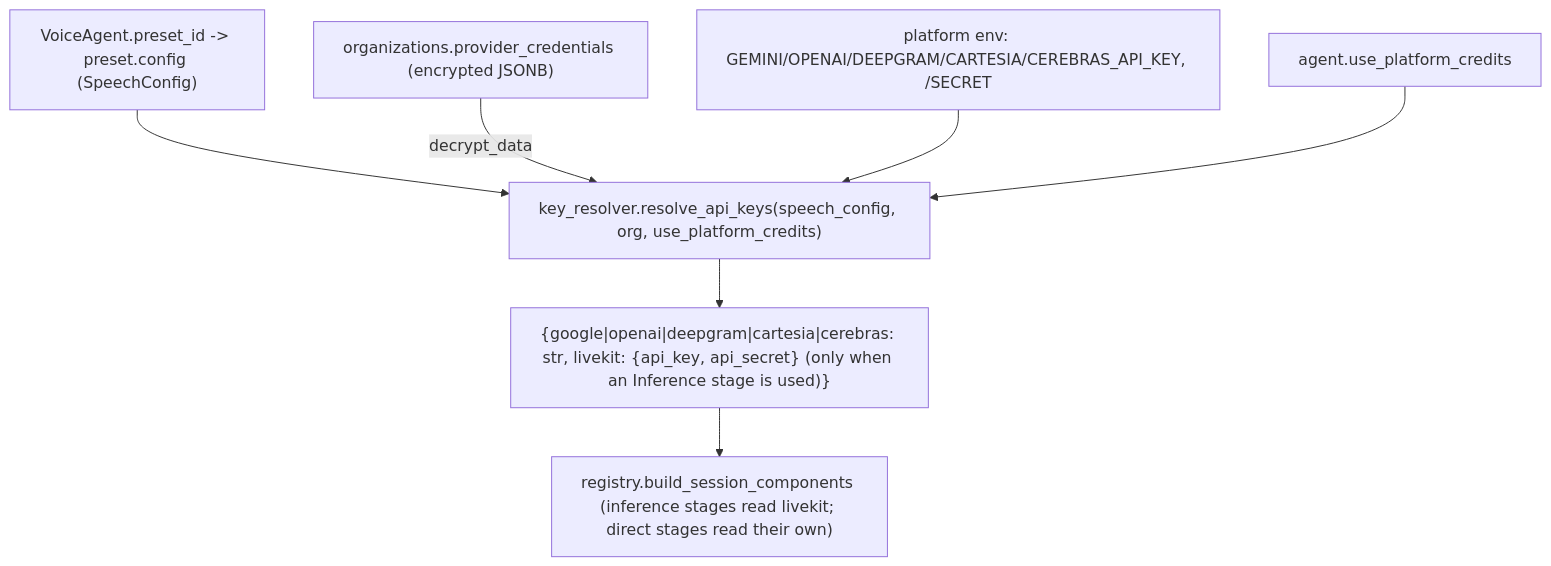
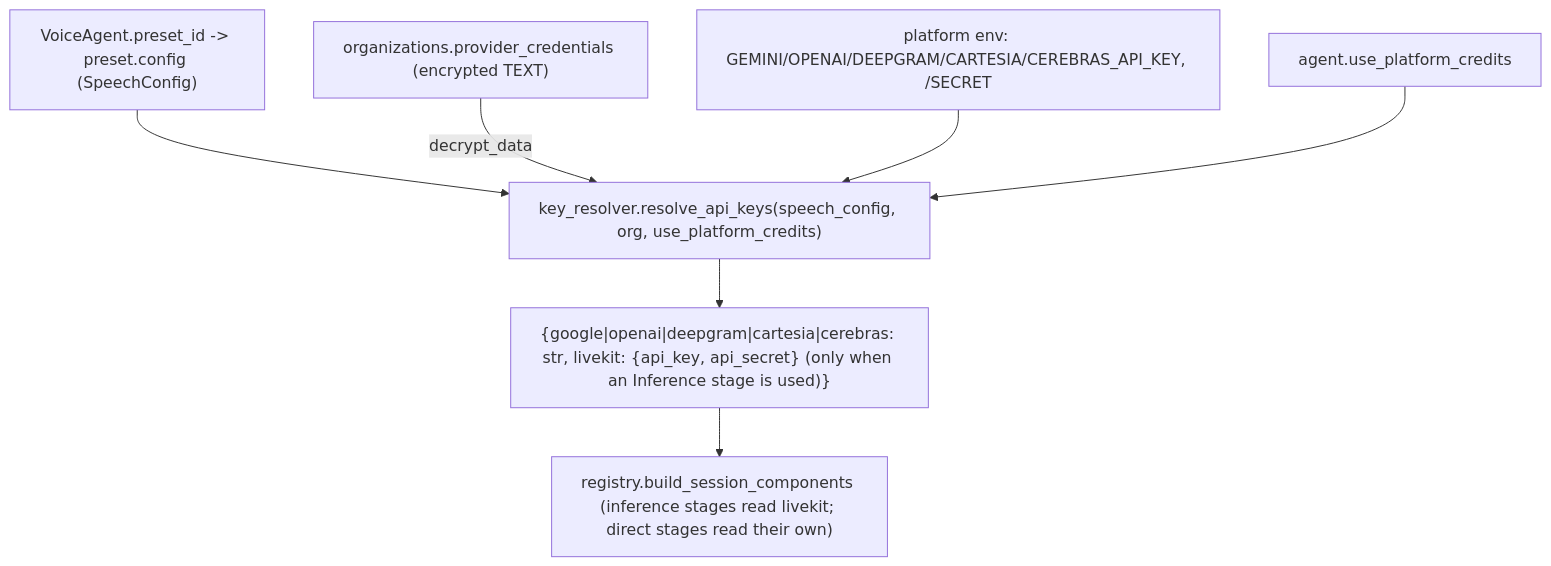
One commit to gauravdhiman/a1-voice-agent-platform changed the sixth of 9 diagrams in docs/01_architecture/voice_engine_pipeline_design.md. Above: the diagram before and after it, drawn with Mermaid. The commit also changed other lines of this file and 70 other files, not shown here.

````diff
--- a/docs/01_architecture/voice_engine_pipeline_design.md
+++ b/docs/01_architecture/voice_engine_pipeline_design.md
@@ -277,9 +281,9 @@
 ```mermaid
 flowchart TD
     Agent["VoiceAgent.preset_id -> preset.config (SpeechConfig)"] --> Resolver["key_resolver.resolve_api_keys(speech_config, org, use_platform_credits)"]
-    Blob["organizations.provider_credentials (encrypted JSONB)"] -->|decrypt_data| Resolver
+    Blob["organizations.provider_credentials (encrypted TEXT)"] -->|decrypt_data| Resolver
     Plat["platform env: GEMINI/OPENAI/DEEPGRAM/CARTESIA/CEREBRAS_API_KEY, /SECRET"] --> Resolver
     Credits["agent.use_platform_credits"] --> Resolver
     Resolver --> Map["{google|openai|deepgram|cartesia|cerebras: str, livekit: {api_key, api_secret} (only when an Inference stage is used)}"]
     Map --> Factories["registry.build_session_components (inference stages read livekit; direct stages read their own)"]
 ```
````
